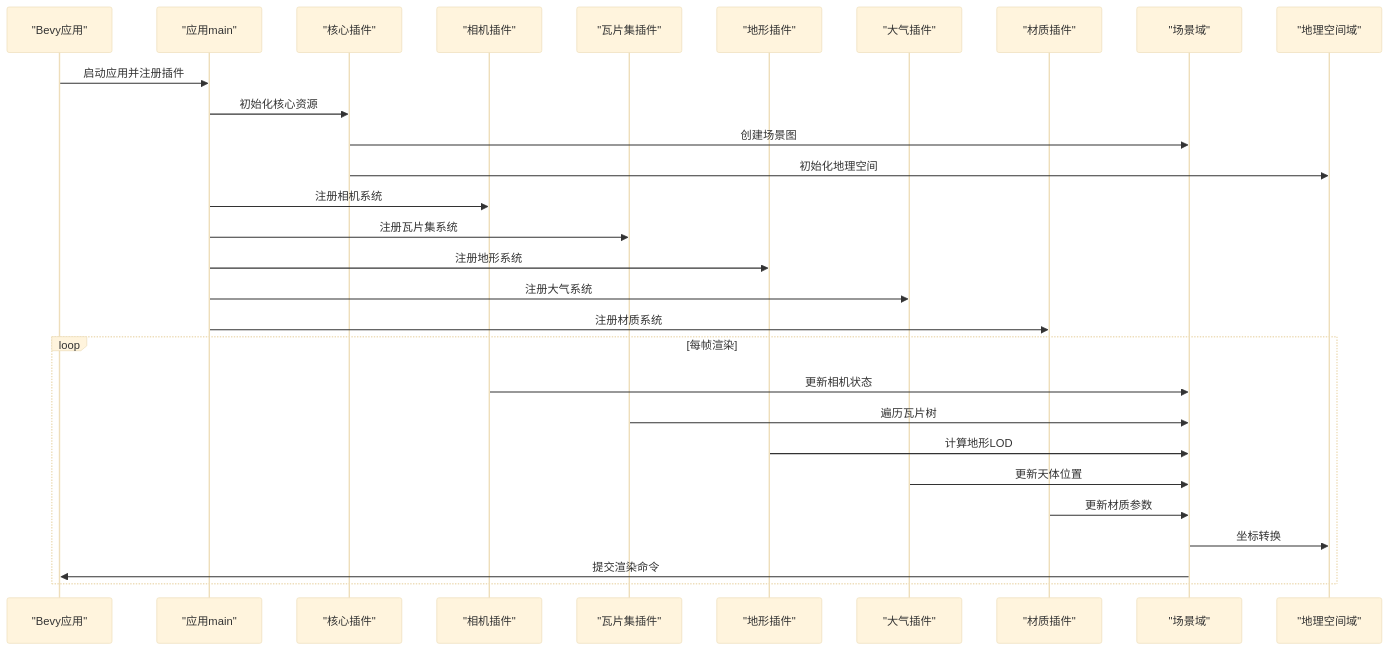
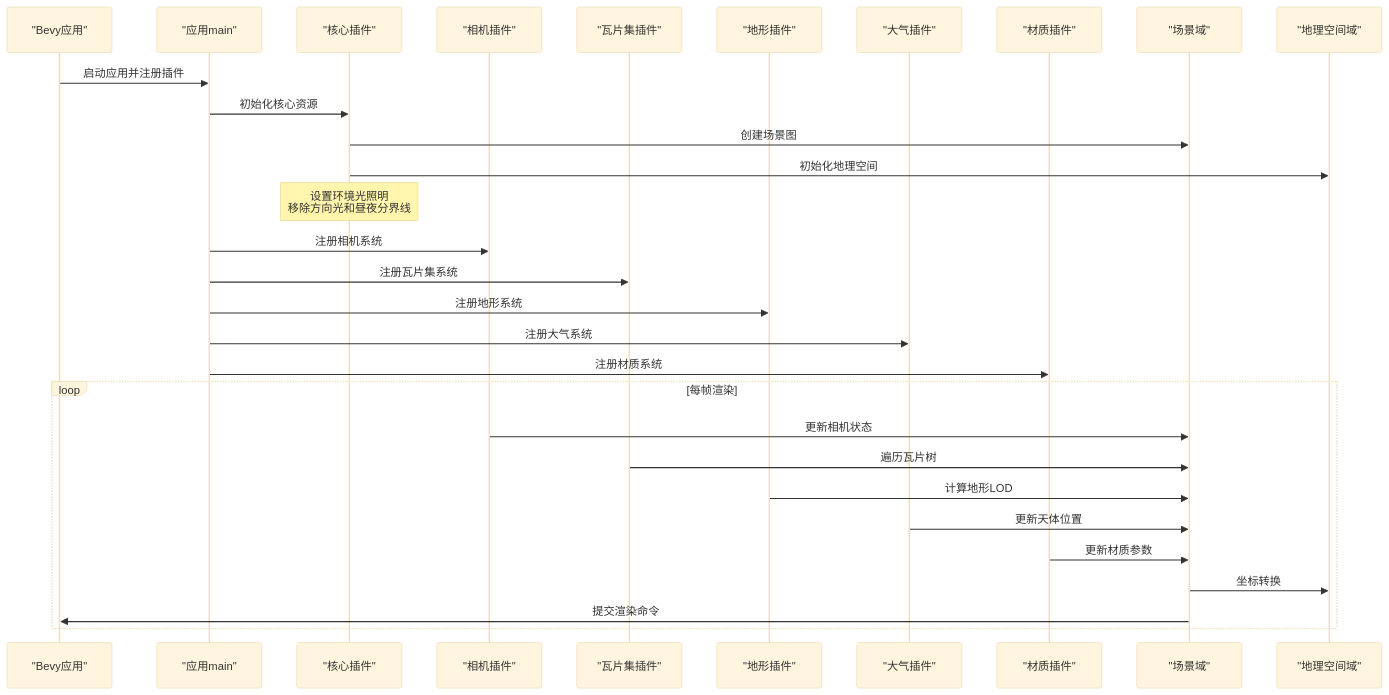
One commit to rzhangjing/cesium changed the second of 4 diagrams in .qoder/repowiki/zh/content/项目概述/核心特性/3D渲染引擎/Bevy渲染适配器.md. Above: the diagram before and after it, drawn with Mermaid (base theme). The commit also changed other lines of this file and 9 other files, not shown here.

````diff
--- a/.qoder/repowiki/zh/content/项目概述/核心特性/3D渲染引擎/Bevy渲染适配器.md
+++ b/.qoder/repowiki/zh/content/项目概述/核心特性/3D渲染引擎/Bevy渲染适配器.md
@@ -128,31 +133,32 @@
 ```mermaid
 sequenceDiagram
 participant App as "Bevy应用"
 participant Main as "应用main"
 participant Core as "核心插件"
 participant Camera as "相机插件"
 participant Tileset as "瓦片集插件"
 participant Terrain as "地形插件"
 participant Atmosphere as "大气插件"
 participant Material as "材质插件"
 participant Scene as "场景域"
 participant Geo as "地理空间域"
 App->>Main : 启动应用并注册插件
 Main->>Core : 初始化核心资源
 Core->>Scene : 创建场景图
 Core->>Geo : 初始化地理空间
+Note over Core : 设置环境光照明<br/>移除方向光和昼夜分界线
 Main->>Camera : 注册相机系统
 Main->>Tileset : 注册瓦片集系统
 Main->>Terrain : 注册地形系统
 Main->>Atmosphere : 注册大气系统
 Main->>Material : 注册材质系统
 loop 每帧渲染
 Camera->>Scene : 更新相机状态
 Tileset->>Scene : 遍历瓦片树
 Terrain->>Scene : 计算地形LOD
 Atmosphere->>Scene : 更新天体位置
 Material->>Scene : 更新材质参数
 Scene->>Geo : 坐标转换
 Scene->>App : 提交渲染命令
 end
 ```
````
